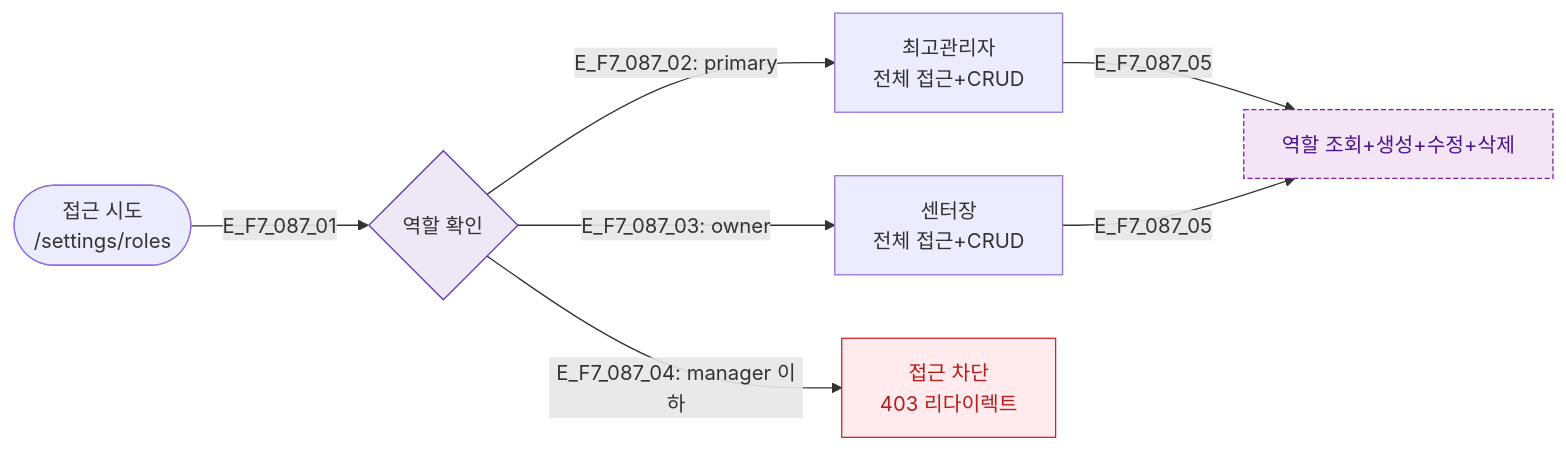
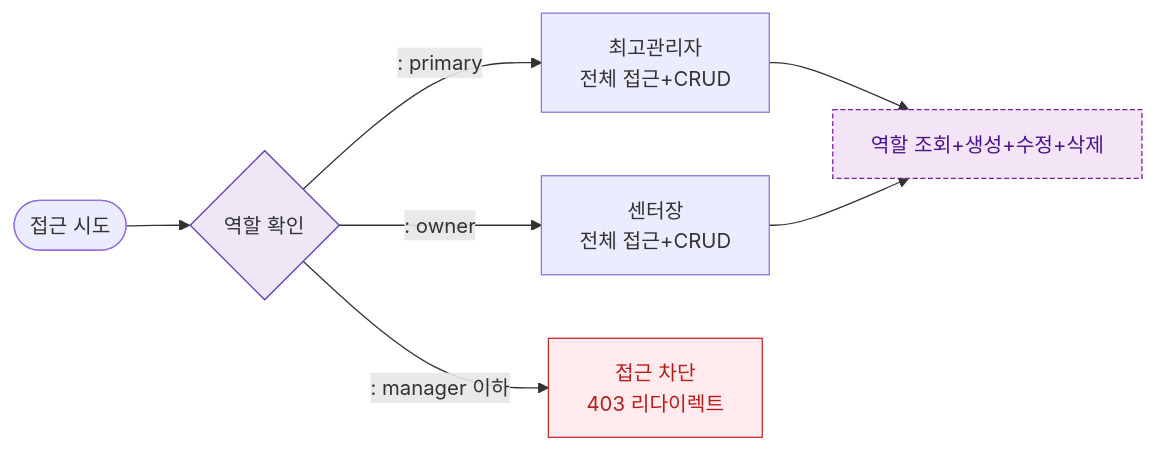
The diagram in docs/다이어그램/D09_설정관리/SCR-087_커스텀역할생성/F7_권한RBAC.md (dev-spogym/admin-pando), drawn with Mermaid before and after one commit. The commit also changed other lines of this file and 1660 other files, not shown here.

First line of the commit message:
다이어그램: 기획자/클라이언트 납품본으로 정리

````diff
--- a/docs/다이어그램/D09_설정관리/SCR-087_커스텀역할생성/F7_권한RBAC.md
+++ b/docs/다이어그램/D09_설정관리/SCR-087_커스텀역할생성/F7_권한RBAC.md
@@ -14,19 +12,19 @@
 ```mermaid
 flowchart LR
-    User([접근 시도\n/settings/roles])
-    User -->|E_F7_087_01| RoleCheck{역할 확인}
+    User([접근 시도\n])
+    User --> RoleCheck{역할 확인}
 
-    RoleCheck -->|"E_F7_087_02: primary"| P[최고관리자\n전체 접근+CRUD]
-    RoleCheck -->|"E_F7_087_03: owner"| O[센터장\n전체 접근+CRUD]
-    RoleCheck -->|"E_F7_087_04: manager 이하"| Blocked[접근 차단\n403 리다이렉트]
+    RoleCheck -->|": primary"|P[최고관리자\n전체 접근+CRUD]
+    RoleCheck -->|": owner"|O[센터장\n전체 접근+CRUD]
+    RoleCheck -->|": manager 이하"|Blocked[접근 차단\n403 리다이렉트]
 
-    P & O -->|E_F7_087_05| FullAccess[역할 조회+생성+수정+삭제]
+    P & O --> FullAccess[역할 조회+생성+수정+삭제]
 
     classDef screen fill:#E3F2FD,stroke:#1976D2,color:#0D47A1
     classDef newFeature fill:#F3E5F5,stroke:#7B1FA2,color:#4A148C,stroke-dasharray:4 2
     classDef error fill:#FFEBEE,stroke:#C62828,color:#B71C1C
     classDef system fill:#EDE7F6,stroke:#5E35B2
     class FullAccess newFeature
     class Blocked error
     class RoleCheck system
 ```
````
